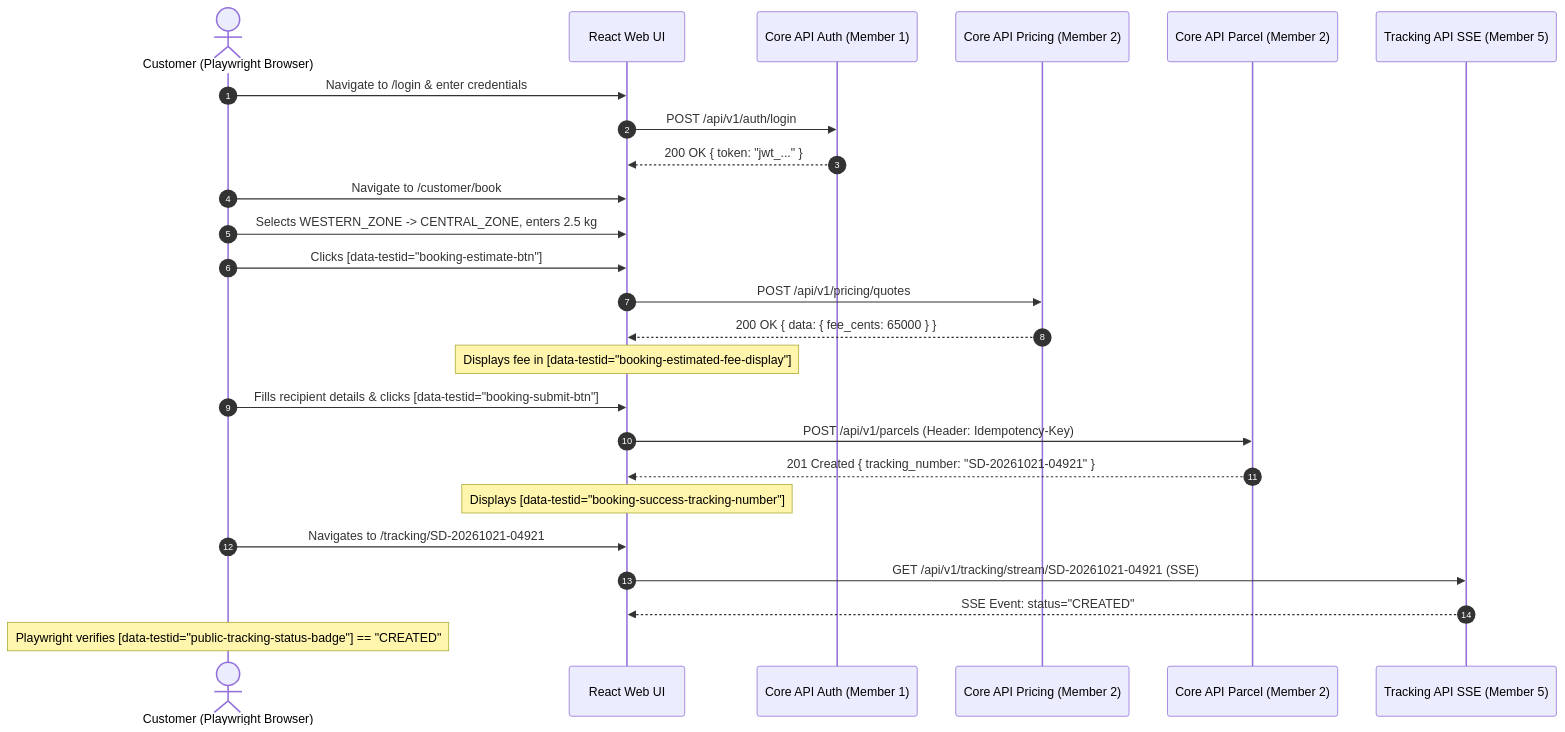
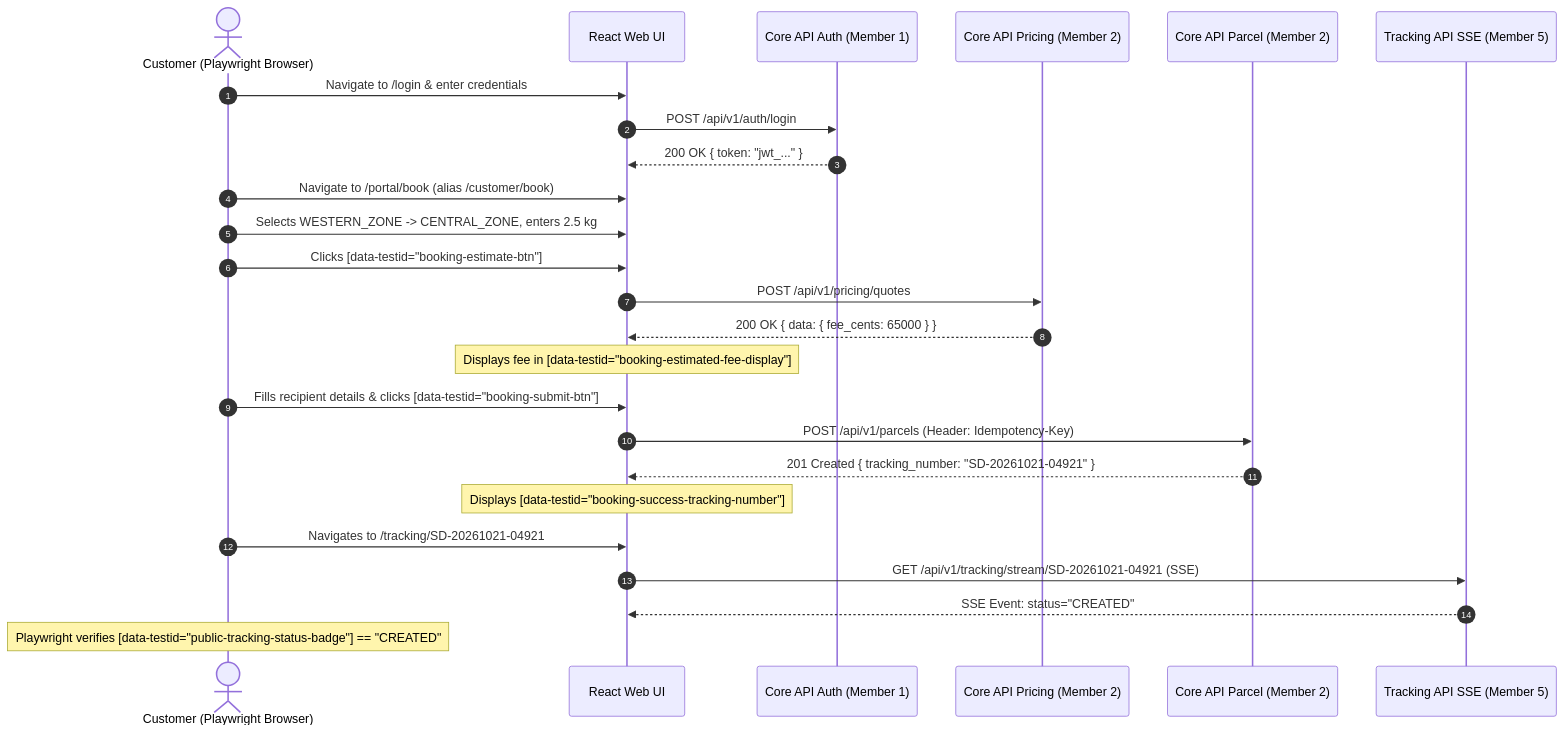
The third of 5 diagrams in docs/drafts/member-10-ai-assistant-quality/doc-02-functional-flows-and-business-rules.md (phantomTroupeEAD/SwiftDrop), drawn with Mermaid before and after one commit. The commit also changed other lines of this file and 10 other files, not shown here.

````diff
--- a/docs/drafts/member-10-ai-assistant-quality/doc-02-functional-flows-and-business-rules.md
+++ b/docs/drafts/member-10-ai-assistant-quality/doc-02-functional-flows-and-business-rules.md
@@ -151,31 +150,31 @@
 ```mermaid
 sequenceDiagram
     autonumber
     actor Customer as Customer (Playwright Browser)
     participant Web as React Web UI
     participant Auth as Core API Auth (Member 1)
     participant Price as Core API Pricing (Member 2)
     participant Parcel as Core API Parcel (Member 2)
     participant Track as Tracking API SSE (Member 5)
 
     Customer->>Web: Navigate to /login & enter credentials
     Web->>Auth: POST /api/v1/auth/login
     Auth-->>Web: 200 OK { token: "jwt_..." }
     
-    Customer->>Web: Navigate to /customer/book
+    Customer->>Web: Navigate to /portal/book (alias /customer/book)
     Customer->>Web: Selects WESTERN_ZONE -> CENTRAL_ZONE, enters 2.5 kg
     Customer->>Web: Clicks [data-testid="booking-estimate-btn"]
     Web->>Price: POST /api/v1/pricing/quotes
     Price-->>Web: 200 OK { data: { fee_cents: 65000 } }
     Note over Web: Displays fee in [data-testid="booking-estimated-fee-display"]
     
     Customer->>Web: Fills recipient details & clicks [data-testid="booking-submit-btn"]
     Web->>Parcel: POST /api/v1/parcels (Header: Idempotency-Key)
     Parcel-->>Web: 201 Created { tracking_number: "SD-20261021-04921" }
     Note over Web: Displays [data-testid="booking-success-tracking-number"]
     
     Customer->>Web: Navigates to /tracking/SD-20261021-04921
     Web->>Track: GET /api/v1/tracking/stream/SD-20261021-04921 (SSE)
     Track-->>Web: SSE Event: status="CREATED"
     Note over Customer: Playwright verifies [data-testid="public-tracking-status-badge"] == "CREATED"
 ```
````
